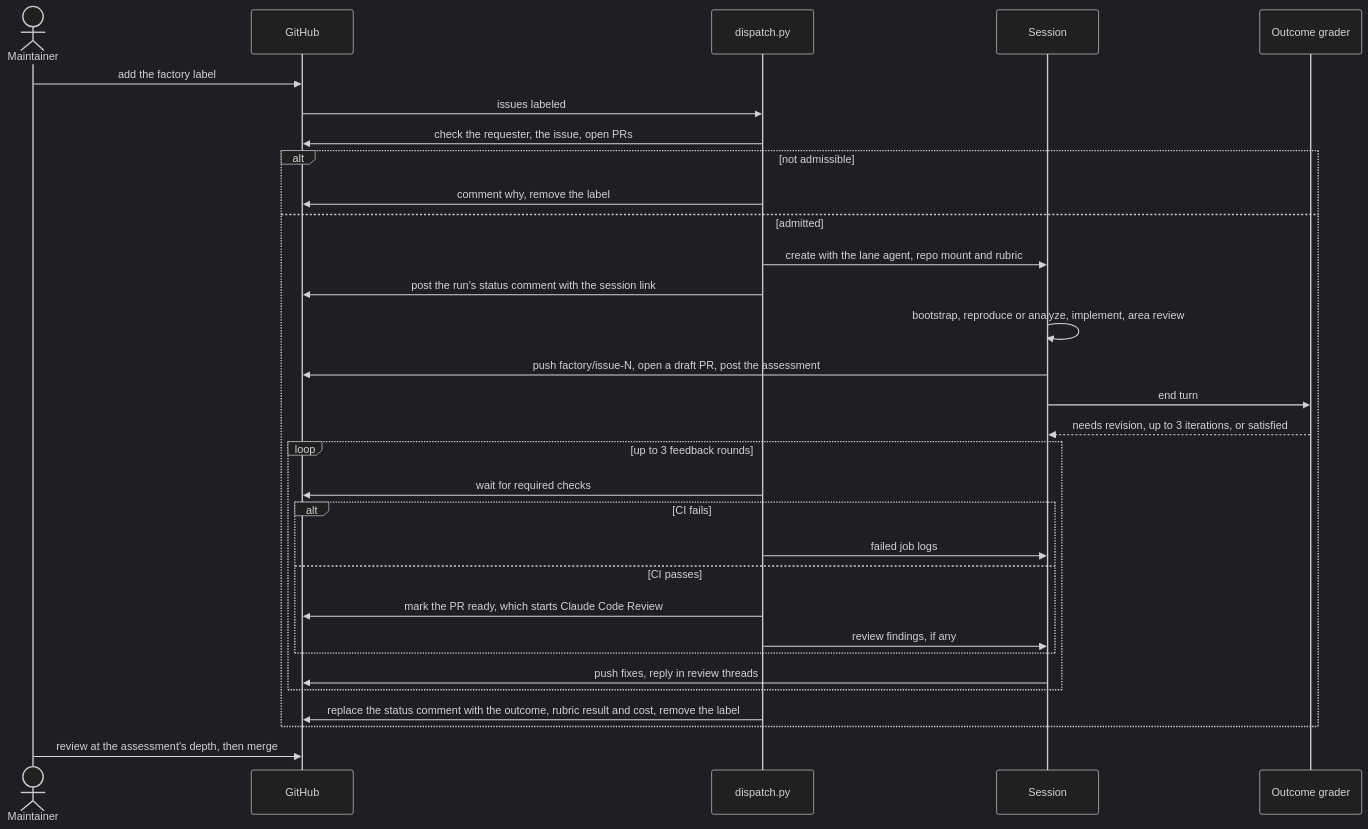
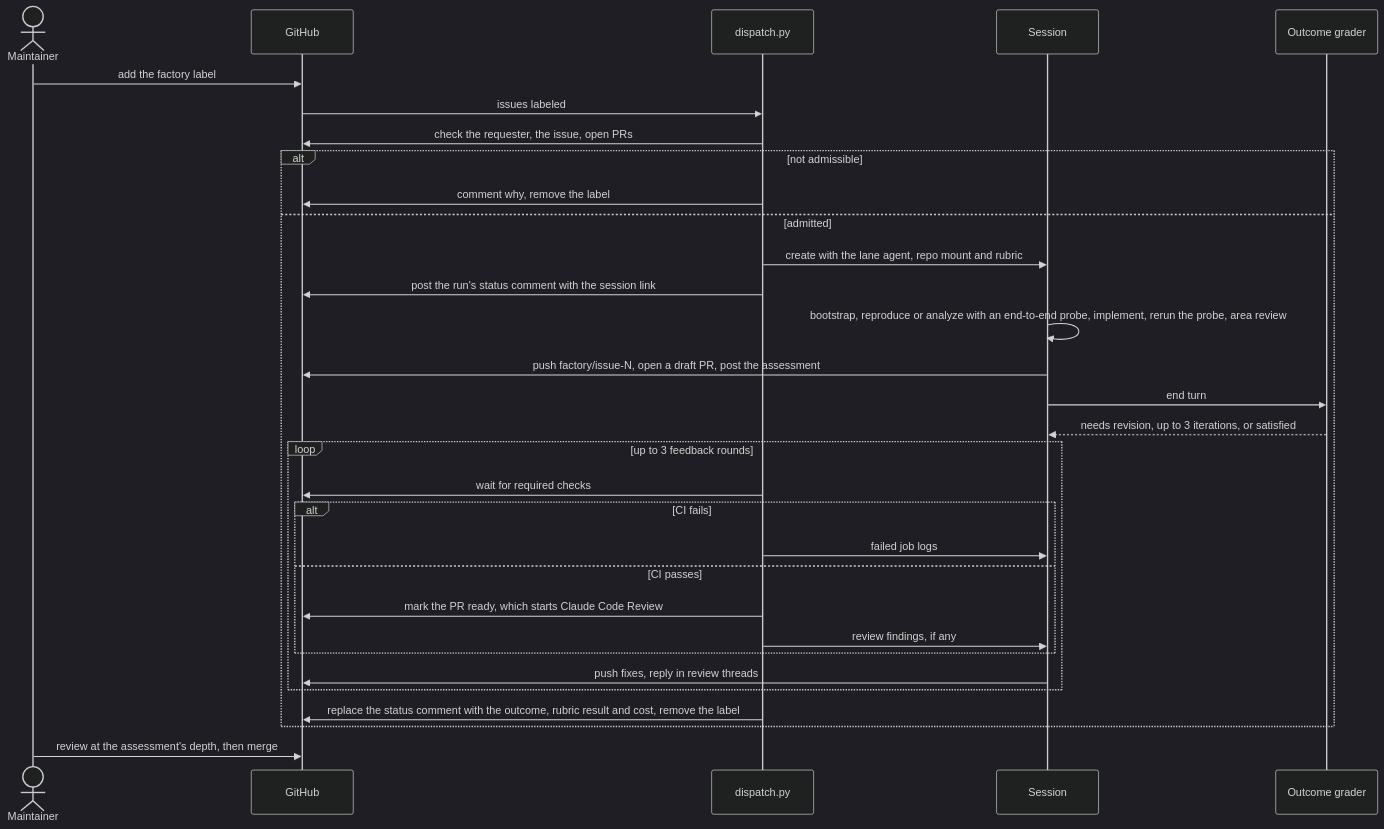
Before and after one commit to Arize-ai/phoenix: the second of 4 diagrams in factory/README.md, drawn with Mermaid (dark theme). The commit also changed other lines of this file and 7 other files, not shown here.

````diff
--- a/factory/README.md
+++ b/factory/README.md
@@ -60,34 +60,34 @@
 ```mermaid
 sequenceDiagram
   actor maintainer as Maintainer
   participant github as GitHub
   participant dispatch as dispatch.py
   participant session as Session
   participant grader as Outcome grader
 
   maintainer->>github: add the factory label
   github->>dispatch: issues labeled
   dispatch->>github: check the requester, the issue, open PRs
   alt not admissible
     dispatch->>github: comment why, remove the label
   else admitted
     dispatch->>session: create with the lane agent, repo mount and rubric
     dispatch->>github: post the run's status comment with the session link
-    session->>session: bootstrap, reproduce or analyze, implement, area review
+    session->>session: bootstrap, reproduce or analyze with an end-to-end probe, implement, rerun the probe, area review
     session->>github: push factory/issue-N, open a draft PR, post the assessment
     session->>grader: end turn
     grader-->>session: needs revision, up to 3 iterations, or satisfied
     loop up to 3 feedback rounds
       dispatch->>github: wait for required checks
       alt CI fails
         dispatch->>session: failed job logs
       else CI passes
         dispatch->>github: mark the PR ready, which starts Claude Code Review
         dispatch->>session: review findings, if any
       end
       session->>github: push fixes, reply in review threads
     end
     dispatch->>github: replace the status comment with the outcome, rubric result and cost, remove the label
   end
   maintainer->>github: review at the assessment's depth, then merge
 ```
````
